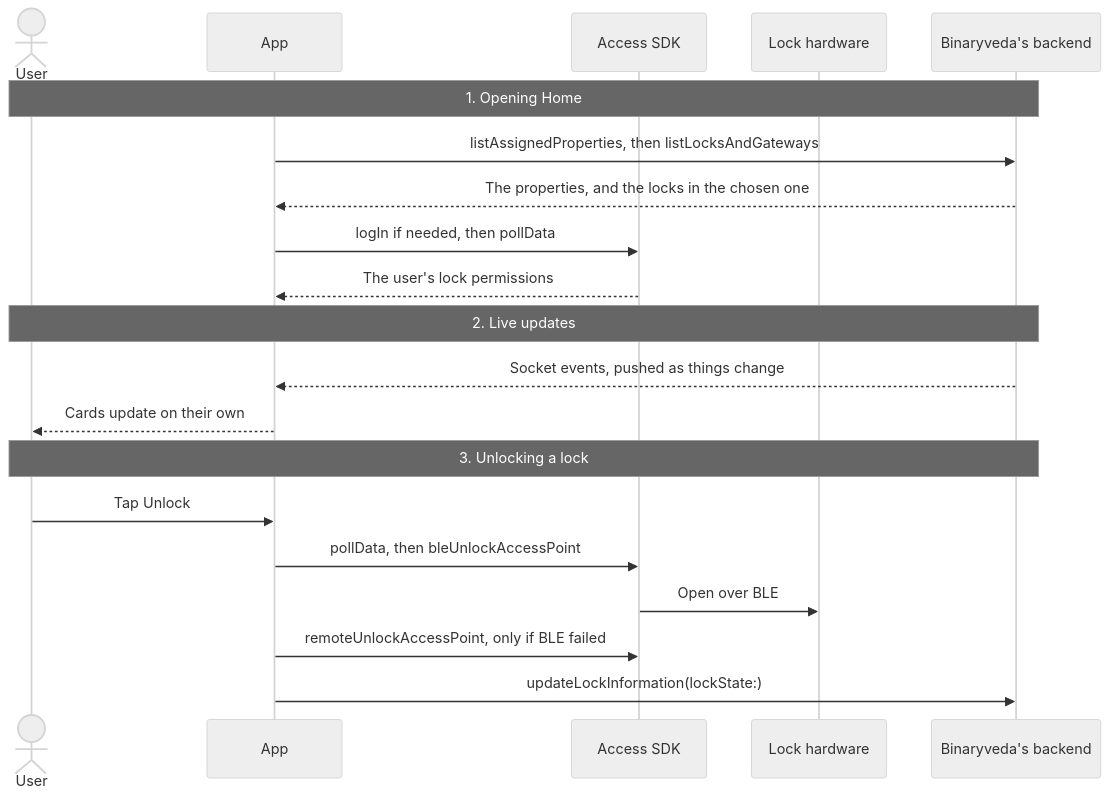
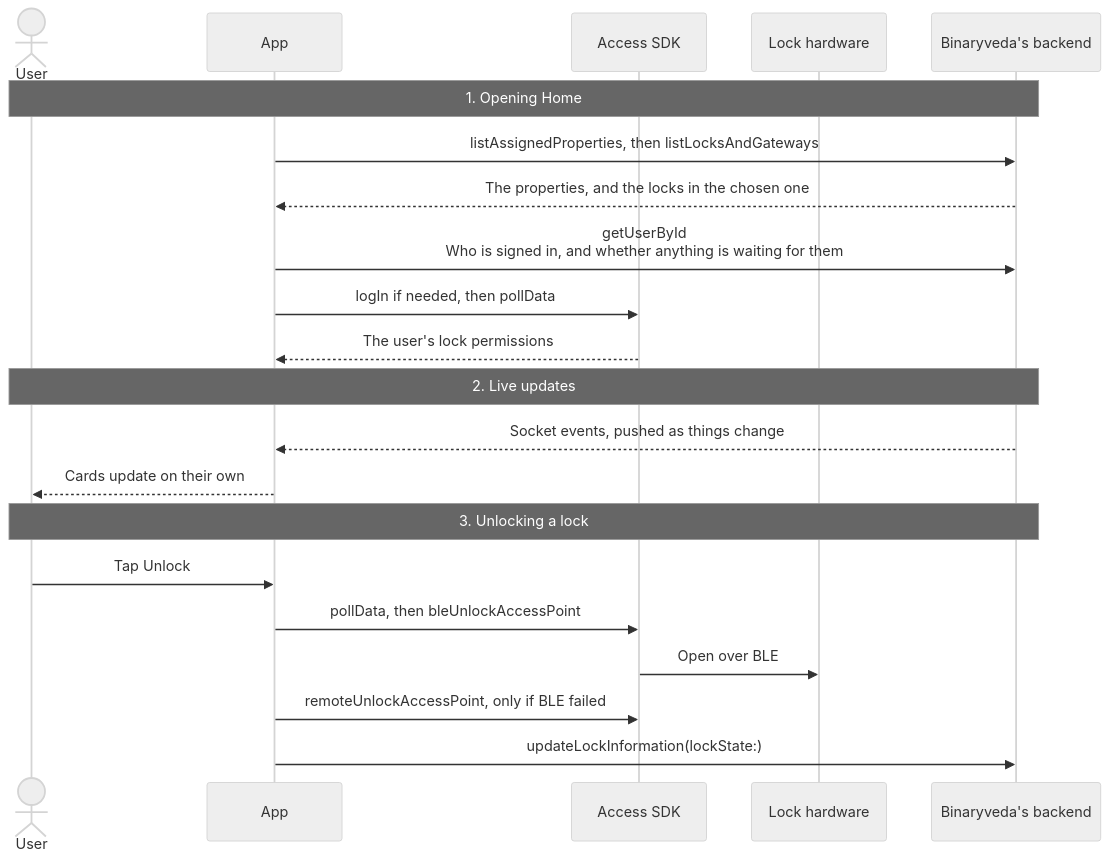
Before and after one commit to Yash-Wadatkar-Binaryveda/sdk-docs-site: the first of 7 diagrams in docs/home.md, drawn with Mermaid (neutral theme). The commit also changed other lines of this file and 14 other files, not shown here.

First line of the commit message:
Enhance documentation with new Profile and Account section and update diagram color handling

````diff
--- a/docs/home.md
+++ b/docs/home.md
@@ -24,25 +24,26 @@
 ```mermaid
 sequenceDiagram
     actor U as User
     participant A as App
     participant S as Access SDK
     participant L as Lock hardware
     participant B as Binaryveda's backend
 
     Note over U,B: 1. Opening Home
     A->>B: listAssignedProperties, then listLocksAndGateways
     B-->>A: The properties, and the locks in the chosen one
+    A->>B: getUserById<br/>Who is signed in, and whether anything is waiting for them
     A->>S: logIn if needed, then pollData
     S-->>A: The user's lock permissions
 
     Note over U,B: 2. Live updates
     B-->>A: Socket events, pushed as things change
     A-->>U: Cards update on their own
 
     Note over U,B: 3. Unlocking a lock
     U->>A: Tap Unlock
     A->>S: pollData, then bleUnlockAccessPoint
     S->>L: Open over BLE
     A->>S: remoteUnlockAccessPoint, only if BLE failed
     A->>B: updateLockInformation(lockState:)
 ```
````
